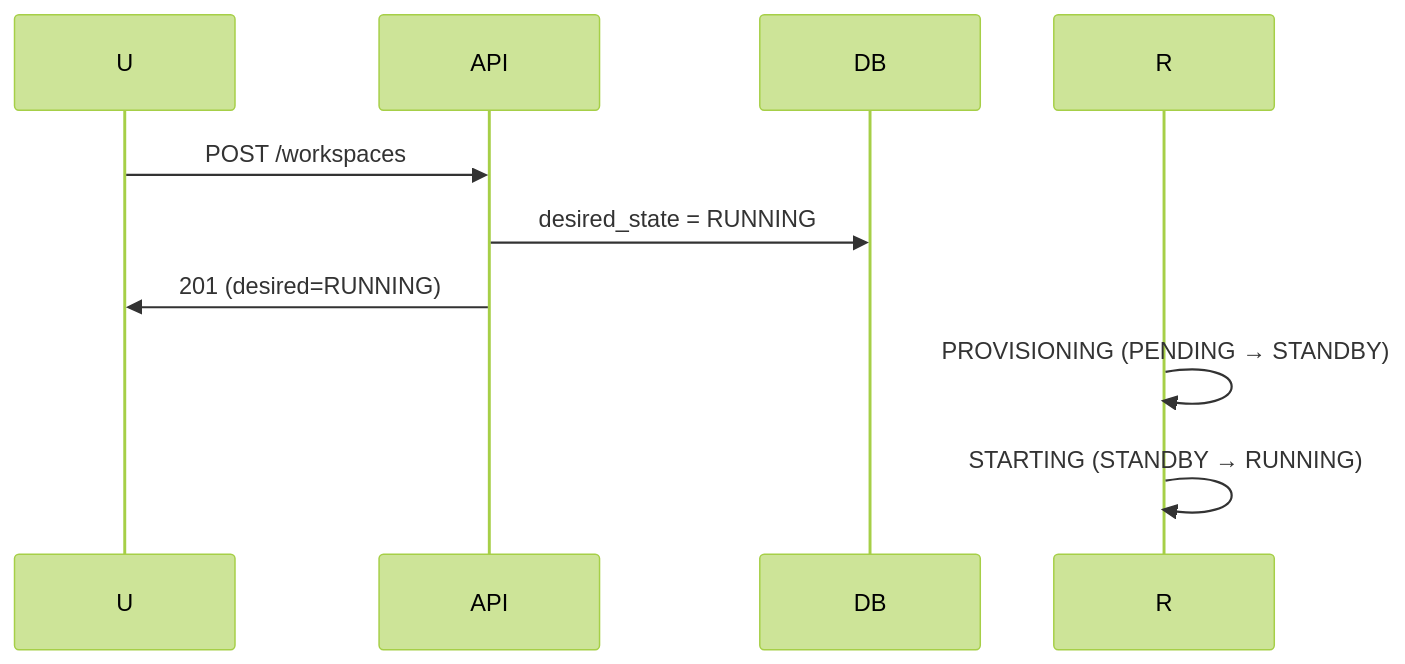
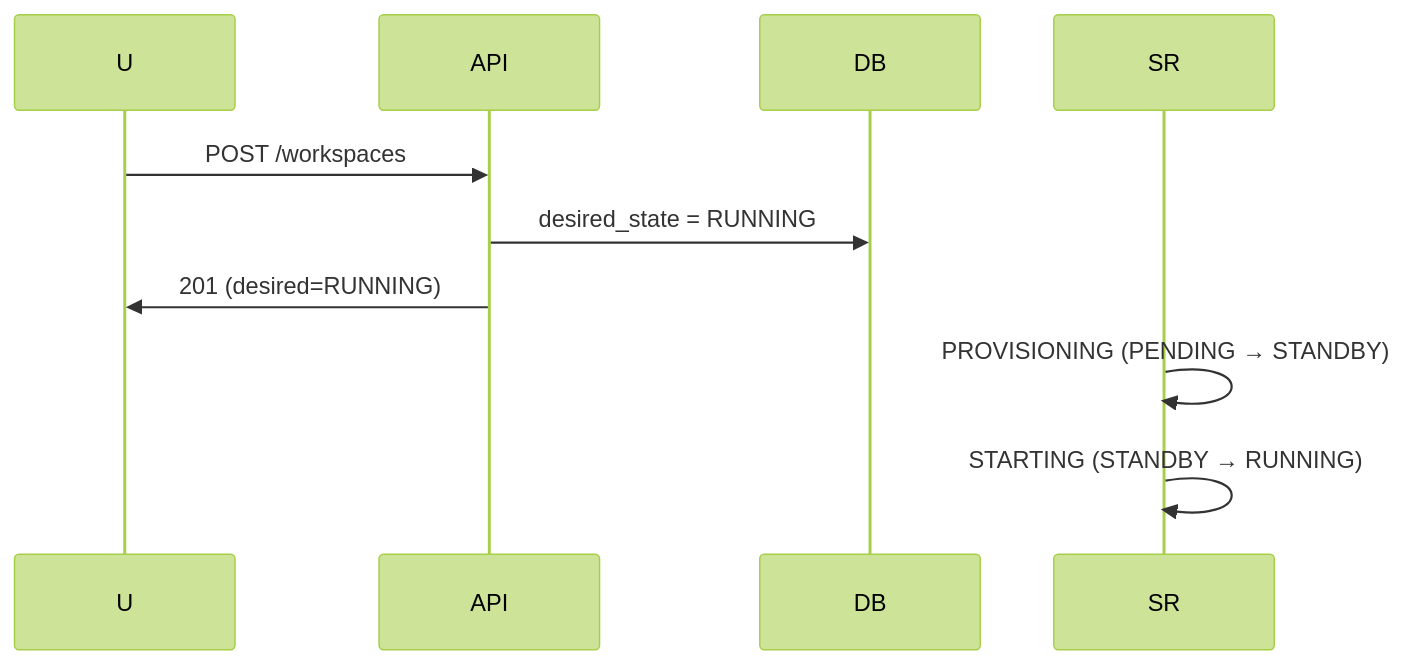
Before and after one commit to cagojeiger/code-hub: the fourth of 7 diagrams in docs/spec_v2/02-states.md, drawn with Mermaid (forest theme). The commit also changed other lines of this file and 21 other files, not shown here.

````diff
--- a/docs/spec_v2/02-states.md
+++ b/docs/spec_v2/02-states.md
@@ -247,8 +277,8 @@
 ```mermaid
 sequenceDiagram
     U->>API: POST /workspaces
     API->>DB: desired_state = RUNNING
     API->>U: 201 (desired=RUNNING)
-    R->>R: PROVISIONING (PENDING → STANDBY)
-    R->>R: STARTING (STANDBY → RUNNING)
+    SR->>SR: PROVISIONING (PENDING → STANDBY)
+    SR->>SR: STARTING (STANDBY → RUNNING)
 ```
````
